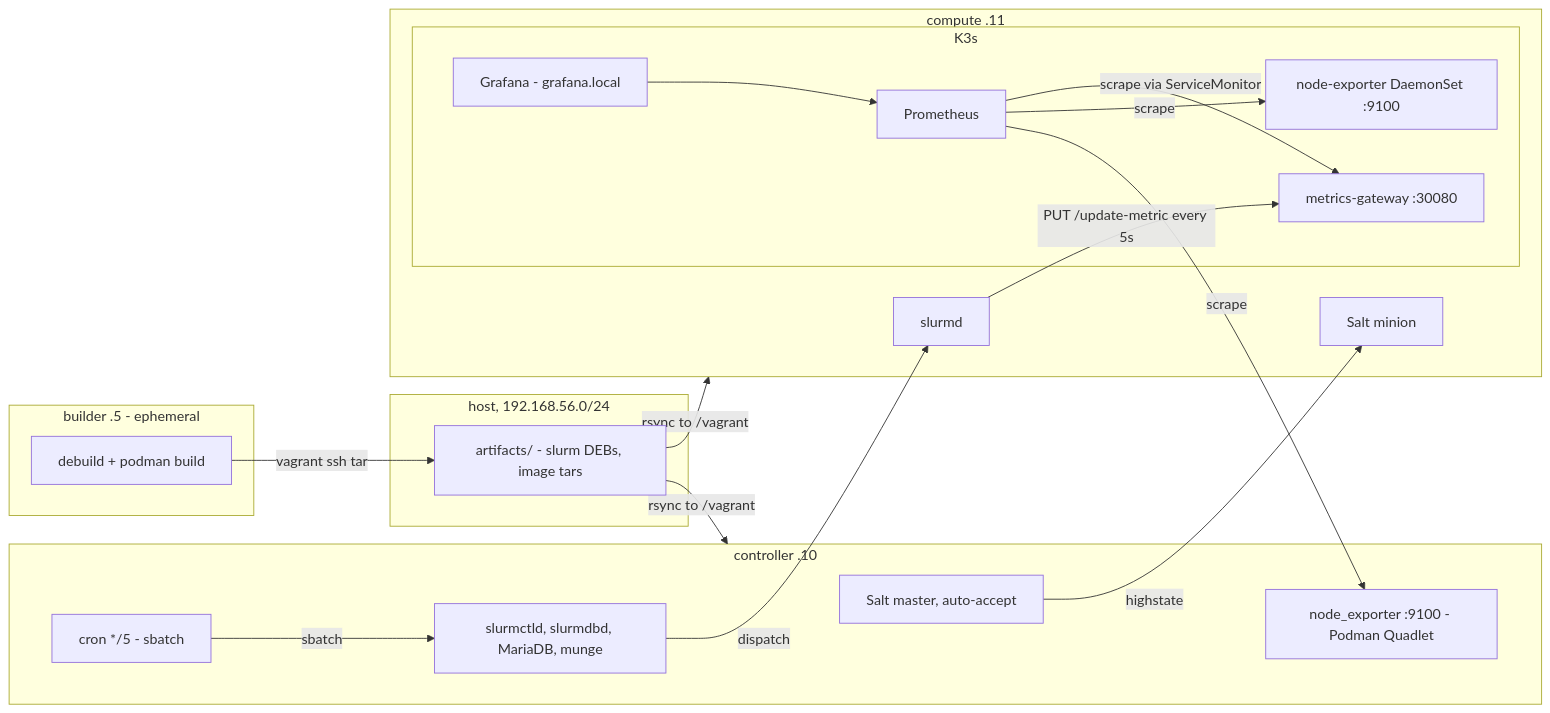
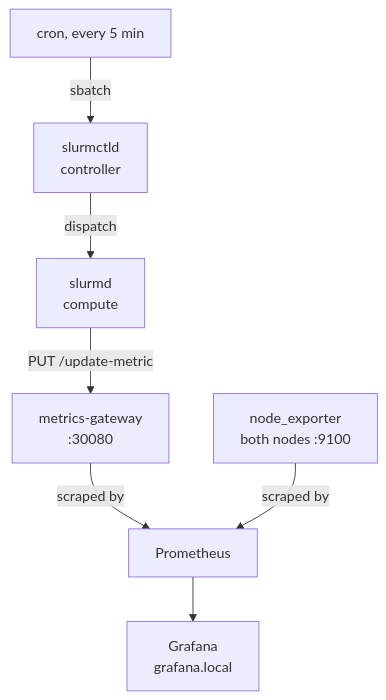
The second of 2 diagrams in README.md (matanweisz/bigarch-devops-assignment), drawn with Mermaid before and after one commit. The commit also changed other lines of this file, not shown here.

First line of the commit message:
docs: shorter readme in the author's voice, split diagrams, inline screenshots

````diff
--- a/README.md
+++ b/README.md
@@ -26,40 +34,9 @@
 ```mermaid
-flowchart LR
-  subgraph host["host, 192.168.56.0/24"]
-    artifacts["artifacts/ - slurm DEBs, image tars"]
-  end
-
-  subgraph builder["builder .5 - ephemeral"]
-    build["debuild + podman build"]
-  end
-
-  subgraph controller["controller .10"]
-    master["Salt master, auto-accept"]
-    ctld["slurmctld, slurmdbd, MariaDB, munge"]
-    cron["cron */5 - sbatch"]
-    ne["node_exporter :9100 - Podman Quadlet"]
-  end
-
-  subgraph compute["compute .11"]
-    minion["Salt minion"]
-    slurmd["slurmd"]
-    subgraph k3s["K3s"]
-      prom["Prometheus"]
-      graf["Grafana - grafana.local"]
-      gw["metrics-gateway :30080"]
-      dsne["node-exporter DaemonSet :9100"]
-    end
-  end
-
-  build -->|vagrant ssh tar| artifacts
-  artifacts -->|rsync to /vagrant| controller
-  artifacts -->|rsync to /vagrant| compute
-  master -->|highstate| minion
-  cron -->|sbatch| ctld
-  ctld -->|dispatch| slurmd
-  slurmd -->|PUT /update-metric every 5s| gw
-  prom -->|scrape| ne
-  prom -->|scrape| dsne
-  prom -->|scrape via ServiceMonitor| gw
-  graf --> prom
+flowchart TD
+  cron["cron, every 5 min"] -->|"sbatch"| ctld["slurmctld<br>controller"]
+  ctld -->|"dispatch"| slurmd["slurmd<br>compute"]
+  slurmd -->|"PUT /update-metric"| gw["metrics-gateway<br>:30080"]
+  gw -->|"scraped by"| prom["Prometheus"]
+  ne["node_exporter<br>both nodes :9100"] -->|"scraped by"| prom
+  prom --> graf["Grafana<br>grafana.local"]
 ```
````
